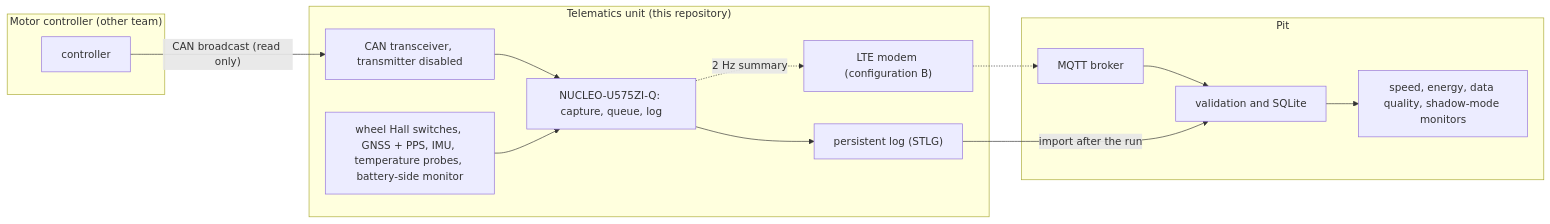
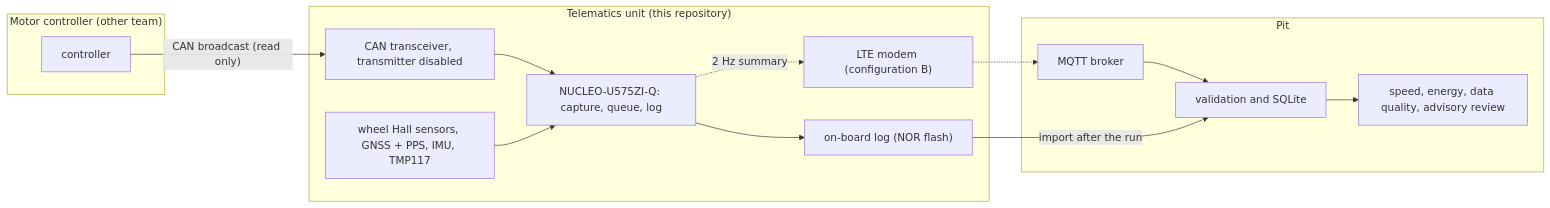
One commit to SWORT-Aerospace/sem-motor-controller changed the diagram in README.md. Above: the diagram before and after it, drawn with Mermaid. The commit also changed other lines of this file and 1 other file, not shown here.

````diff
--- a/README.md
+++ b/README.md
@@ -15,22 +22,22 @@
 ```mermaid
 flowchart LR
   subgraph CT["Motor controller (other team)"]
     MC["controller"]
   end
   subgraph TU["Telematics unit (this repository)"]
     TR["CAN transceiver, transmitter disabled"]
     MCU["NUCLEO-U575ZI-Q: capture, queue, log"]
-    SNS["wheel Hall switches, GNSS + PPS, IMU, temperature probes, battery-side monitor"]
-    LOG["persistent log (STLG)"]
+    SNS["wheel Hall sensors, GNSS + PPS, IMU, TMP117"]
+    LOG["on-board log (NOR flash)"]
     MOD["LTE modem (configuration B)"]
   end
   subgraph PIT["Pit"]
     BRK["MQTT broker"]
     DB["validation and SQLite"]
-    AN["speed, energy, data quality, shadow-mode monitors"]
+    AN["speed, energy, data quality, advisory review"]
   end
   MC -- "CAN broadcast (read only)" --> TR --> MCU
   SNS --> MCU --> LOG
   MCU -. "2 Hz summary" .-> MOD -.-> BRK --> DB --> AN
   LOG -- "import after the run" --> DB
 ```
````
